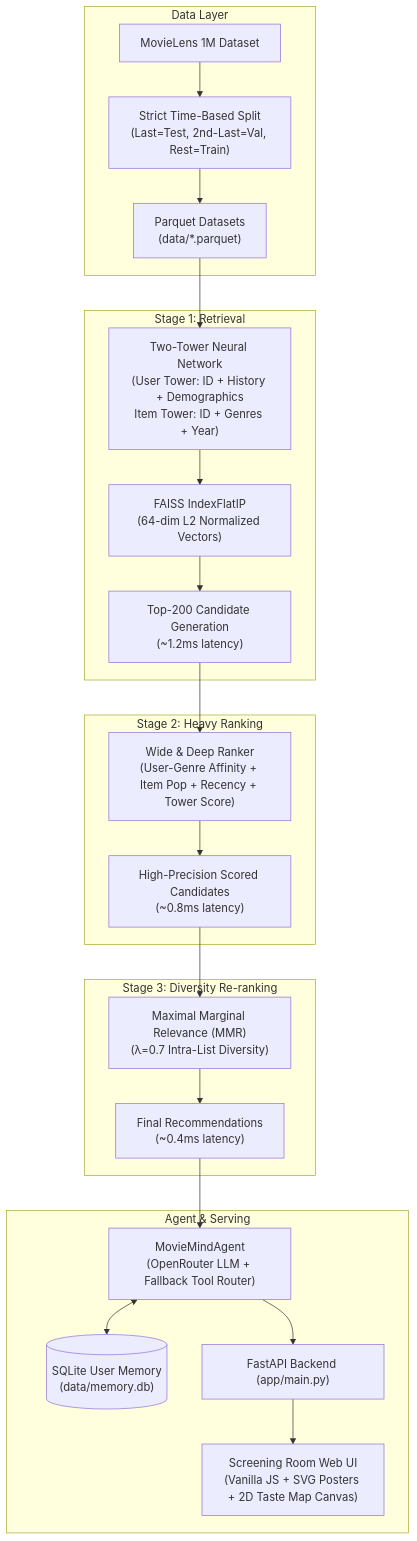
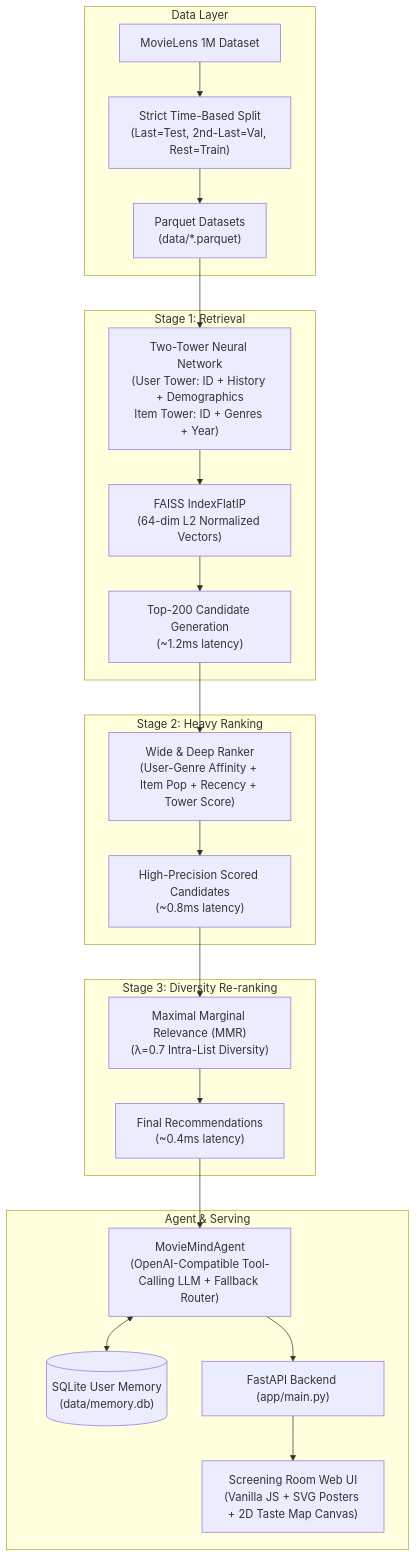
One commit to Manojkumar7671/moviemind changed the diagram in README.md. Above: the diagram before and after it, drawn with Mermaid. The commit also changed other lines of this file and 1 other file, not shown here.

Commit message:
docs: update .env.example and README with LLM configuration and eval benchmarks

````diff
--- a/README.md
+++ b/README.md
@@ -99,30 +100,30 @@
 ```mermaid
 flowchart TD
     subgraph Data Layer
         ML1M["MovieLens 1M Dataset"] --> Split["Strict Time-Based Split\n(Last=Test, 2nd-Last=Val, Rest=Train)"]
         Split --> Parquet["Parquet Datasets\n(data/*.parquet)"]
     end
 
     subgraph Stage 1: Retrieval
         Parquet --> TwoTower["Two-Tower Neural Network\n(User Tower: ID + History + Demographics\nItem Tower: ID + Genres + Year)"]
         TwoTower --> FAISS["FAISS IndexFlatIP\n(64-dim L2 Normalized Vectors)"]
         FAISS --> Top200["Top-200 Candidate Generation\n(~1.2ms latency)"]
     end
 
     subgraph Stage 2: Heavy Ranking
         Top200 --> WideDeep["Wide & Deep Ranker\n(User-Genre Affinity + Item Pop + Recency + Tower Score)"]
         WideDeep --> Top60["High-Precision Scored Candidates\n(~0.8ms latency)"]
     end
 
     subgraph Stage 3: Diversity Re-ranking
         Top60 --> MMR["Maximal Marginal Relevance (MMR)\n(λ=0.7 Intra-List Diversity)"]
         MMR --> FinalPicks["Final Recommendations\n(~0.4ms latency)"]
     end
 
     subgraph Agent & Serving
-        FinalPicks --> Agent["MovieMindAgent\n(OpenRouter LLM + Fallback Tool Router)"]
+        FinalPicks --> Agent["MovieMindAgent\n(OpenAI-Compatible Tool-Calling LLM + Fallback Router)"]
         Agent <--> SQLite[("SQLite User Memory\n(data/memory.db)")]
         Agent --> FastAPIServer["FastAPI Backend (app/main.py)"]
         FastAPIServer --> UI["Screening Room Web UI\n(Vanilla JS + SVG Posters + 2D Taste Map Canvas)"]
     end
 ```
````
